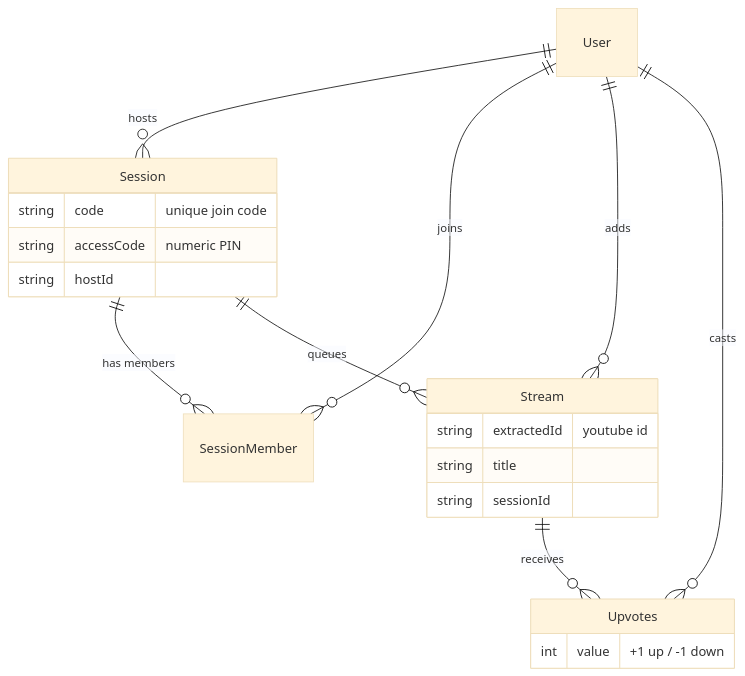
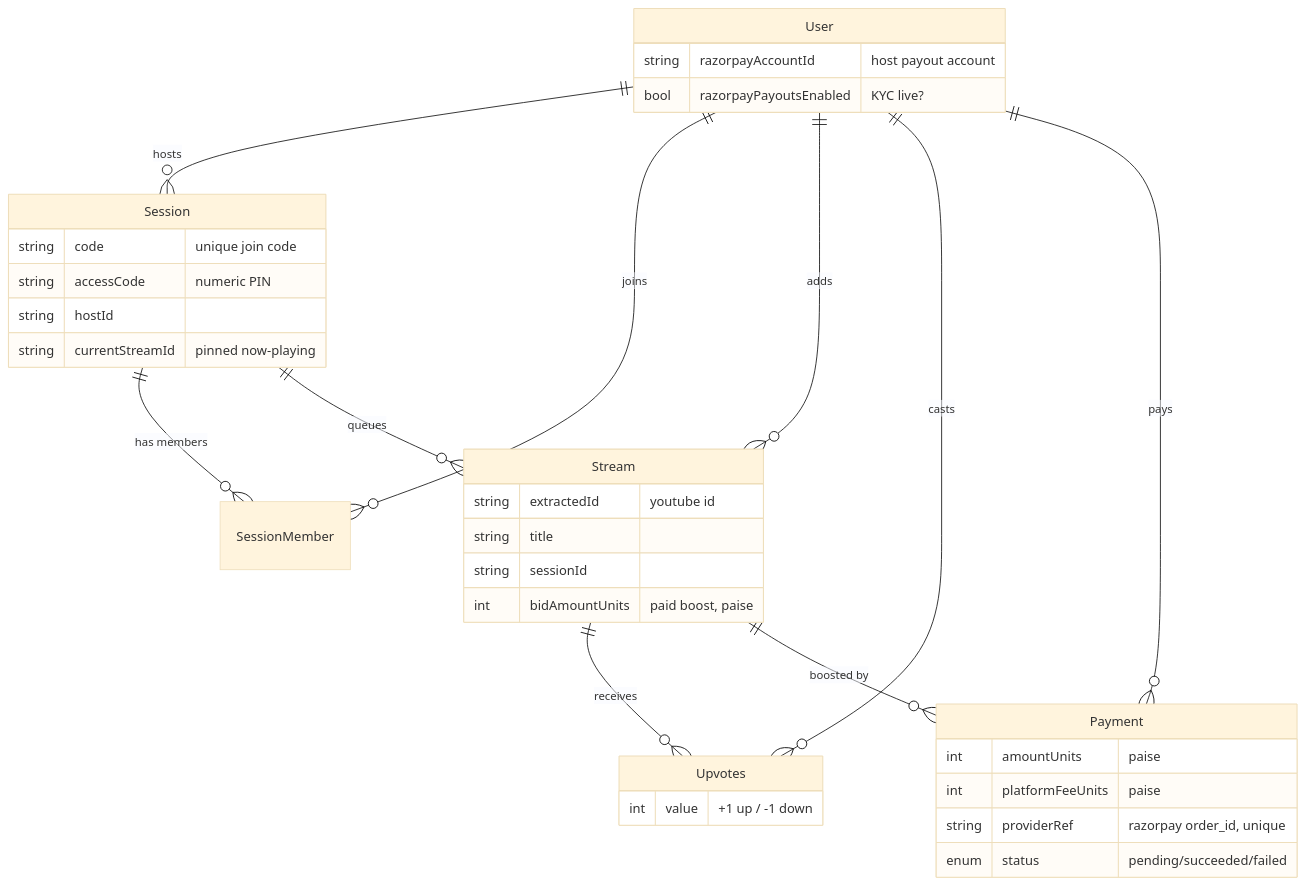
Before and after one commit to GEET3001/Muzer: the third of 11 diagrams in README.md, drawn with Mermaid (base theme). The commit also changed other lines of this file, not shown here.

Commit message:
Document bidding, payouts, and queue ordering in README

````diff
--- a/README.md
+++ b/README.md
@@ -50,24 +58,38 @@
 ```mermaid
 erDiagram
   User ||--o{ Session : hosts
   User ||--o{ SessionMember : joins
   User ||--o{ Stream : adds
   User ||--o{ Upvotes : casts
+  User ||--o{ Payment : pays
   Session ||--o{ SessionMember : "has members"
   Session ||--o{ Stream : queues
   Stream ||--o{ Upvotes : receives
+  Stream ||--o{ Payment : "boosted by"
 
+  User {
+    string razorpayAccountId "host payout account"
+    bool razorpayPayoutsEnabled "KYC live?"
+  }
   Session {
     string code "unique join code"
     string accessCode "numeric PIN"
     string hostId
+    string currentStreamId "pinned now-playing"
   }
   Stream {
     string extractedId "youtube id"
     string title
     string sessionId
+    int bidAmountUnits "paid boost, paise"
   }
   Upvotes {
     int value "+1 up / -1 down"
   }
+  Payment {
+    int amountUnits "paise"
+    int platformFeeUnits "paise"
+    string providerRef "razorpay order_id, unique"
+    enum status "pending/succeeded/failed"
+  }
 ```
````
